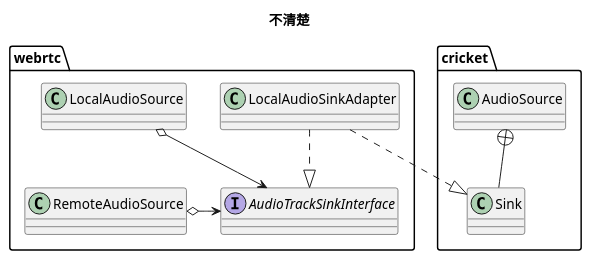
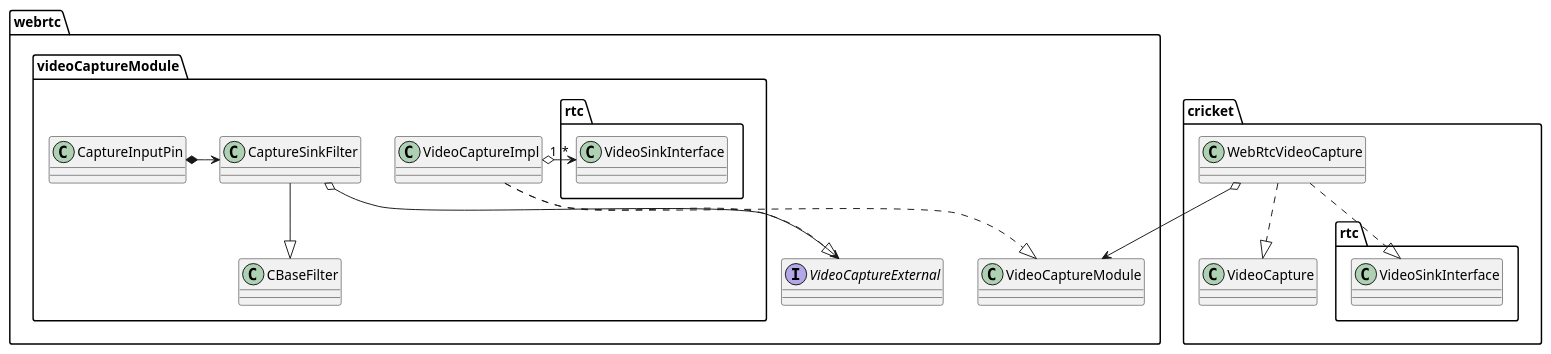
Before and after one commit to mingxin505/webrtcNote: the third of 4 diagrams in webrtc_chrome/gather.md, drawn with PlantUML. The commit also changed other lines of this file and 3 other files, not shown here.

````diff
--- a/webrtc_chrome/gather.md
+++ b/webrtc_chrome/gather.md
@@ -9,17 +71,20 @@
 ```plantuml
-title "不清楚”
+package webrtc {
+    class VideoCaptureModule
+    interface VideoCaptureExternal
+package videoCaptureModule {
+    VideoCaptureImpl ..|> VideoCaptureExternal
+    VideoCaptureImpl ..|> VideoCaptureModule
+    VideoCaptureImpl "1" o-> "*" rtc.VideoSinkInterface
+    CaptureSinkFilter --|> CBaseFilter
+    CaptureSinkFilter o-> VideoCaptureExternal
+    CaptureInputPin *-> CaptureSinkFilter
+}
+}
 package cricket {
-    class AudioSource{
+    WebRtcVideoCapture ..|> VideoCapture
+    WebRtcVideoCapture ..|> rtc.VideoSinkInterface
+    WebRtcVideoCapture o--> webrtc.VideoCaptureModule
 
-    }
-    class Sink
-    AudioSource +-- Sink
-}
-package webrtc {
-interface AudioTrackSinkInterface
-LocalAudioSinkAdapter ..|> AudioTrackSinkInterface
-LocalAudioSinkAdapter ..|> cricket.Sink
-LocalAudioSource o--> AudioTrackSinkInterface
-RemoteAudioSource o-> AudioTrackSinkInterface
 }
 ```
````
